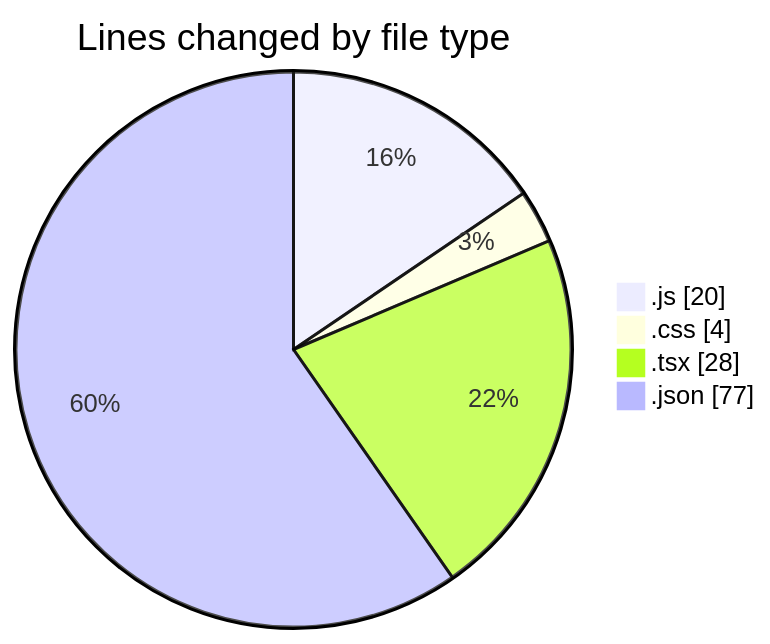
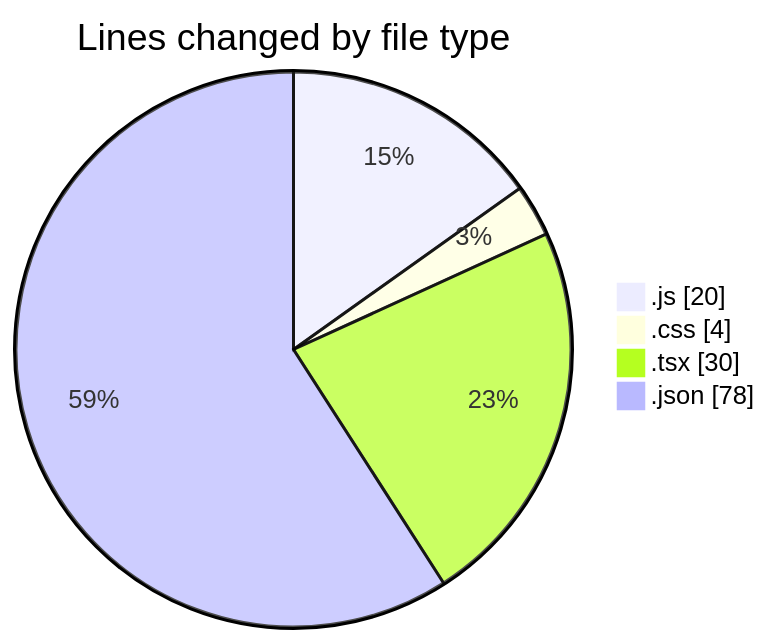
One commit to Ritupan-Deka/code-tracking changed the first of 2 diagrams in 2025-06-19/scopecraft/README.md. Above: the diagram before and after it, drawn with Mermaid. The commit also changed other lines of this file and 1 other file, not shown here.

````diff
--- a/2025-06-19/scopecraft/README.md
+++ b/2025-06-19/scopecraft/README.md
@@ -26,8 +26,8 @@
 ```mermaid
 pie showData
 title Lines changed by file type
 ".js" : 20
 ".css" : 4
-".tsx" : 28
-".json" : 77
+".tsx" : 30
+".json" : 78
 ```
````
